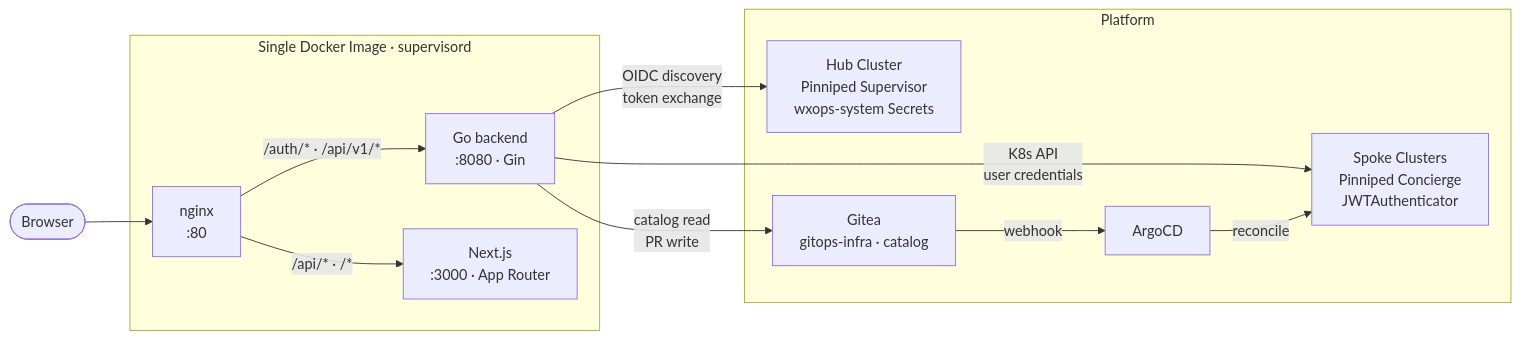
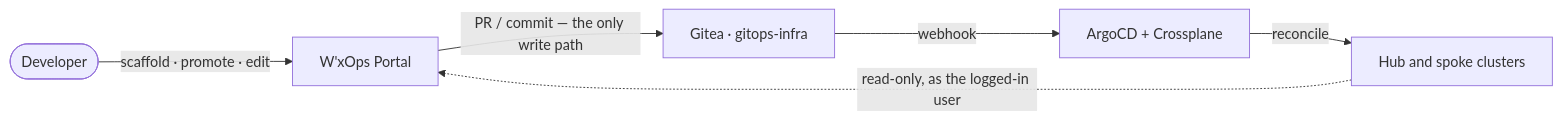
The diagram in README.md (wxops/wxops-portal), drawn with Mermaid before and after one commit. The commit also changed other lines of this file and 8 other files, not shown here.

````diff
--- a/README.md
+++ b/README.md
@@ -23,27 +40,8 @@
 ```mermaid
 flowchart LR
-    Browser(["Browser"])
-
-    subgraph img["Single Docker Image · supervisord"]
-        nginx["nginx\n:80"]
-        go["Go backend\n:8080 · Gin"]
-        nextjs["Next.js\n:3000 · App Router"]
-    end
-
-    subgraph platform["Platform"]
-        hub["Hub Cluster\nPinniped Supervisor\nwxops-system Secrets"]
-        spokes["Spoke Clusters\nPinniped Concierge\nJWTAuthenticator"]
-        gitea["Gitea\ngitops-infra · catalog"]
-        argocd["ArgoCD"]
-    end
-
-    Browser --> nginx
-    nginx -->|"/auth/* · /api/v1/*"| go
-    nginx -->|"/api/* · /*"| nextjs
-
-    go -->|"OIDC discovery\ntoken exchange"| hub
-    go -->|"K8s API\nuser credentials"| spokes
-    go -->|"catalog read\nPR write"| gitea
-    gitea -->|"webhook"| argocd
-    argocd -->|"reconcile"| spokes
+    Dev(["Developer"]) -->|"scaffold · promote · edit"| Portal["W'xOps Portal"]
+    Portal -->|"PR / commit — the only write path"| Git["Gitea · gitops-infra"]
+    Git -->|"webhook"| Argo["ArgoCD + Crossplane"]
+    Argo -->|"reconcile"| Clusters["Hub and spoke clusters"]
+    Clusters -.->|"read-only, as the logged-in user"| Portal
 ```
````
